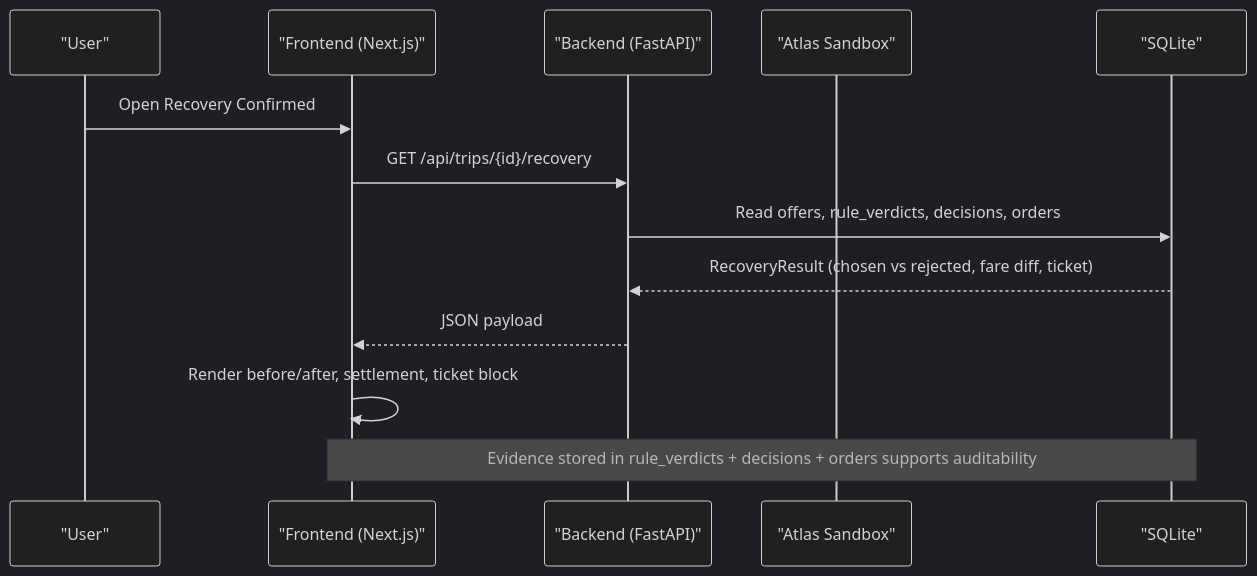
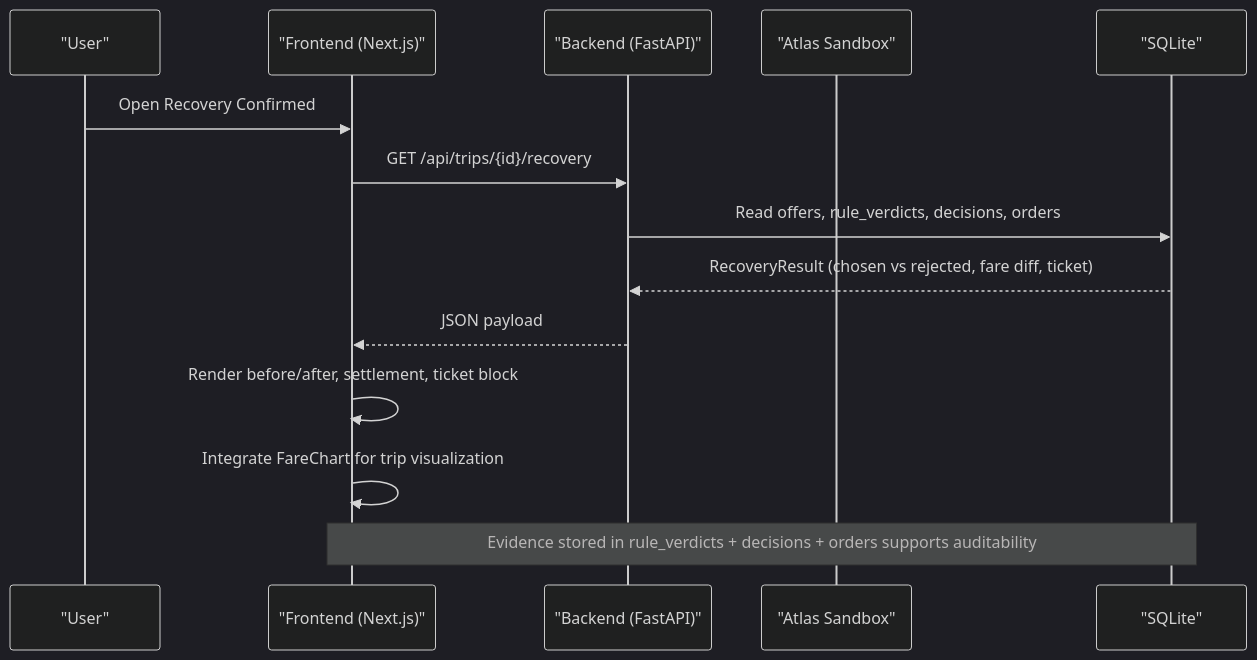
Before and after one commit to jaydonnnk/waypoint: the second of 4 diagrams in .qoder/repowiki/en/content/Product Design/Recovery Confirmation Screen.md, drawn with Mermaid (dark theme). The commit also changed other lines of this file and 20 other files, not shown here.

````diff
--- a/.qoder/repowiki/en/content/Product Design/Recovery Confirmation Screen.md
+++ b/.qoder/repowiki/en/content/Product Design/Recovery Confirmation Screen.md
@@ -67,15 +85,16 @@
 ```mermaid
 sequenceDiagram
 participant User as "User"
 participant Frontend as "Frontend (Next.js)"
 participant Backend as "Backend (FastAPI)"
 participant Atlas as "Atlas Sandbox"
 participant DB as "SQLite"
 User->>Frontend : Open Recovery Confirmed
 Frontend->>Backend : GET /api/trips/{id}/recovery
 Backend->>DB : Read offers, rule_verdicts, decisions, orders
 DB-->>Backend : RecoveryResult (chosen vs rejected, fare diff, ticket)
 Backend-->>Frontend : JSON payload
 Frontend->>Frontend : Render before/after, settlement, ticket block
+Frontend->>Frontend : Integrate FareChart for trip visualization
 Note over Frontend,DB : Evidence stored in rule_verdicts + decisions + orders supports auditability
 ```
````
